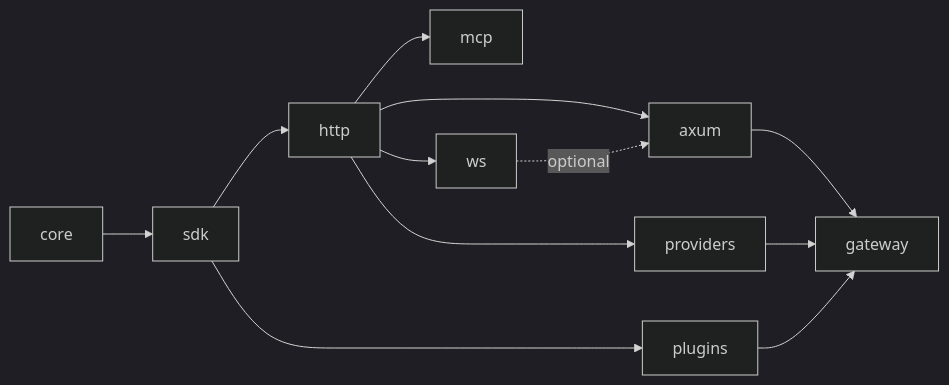
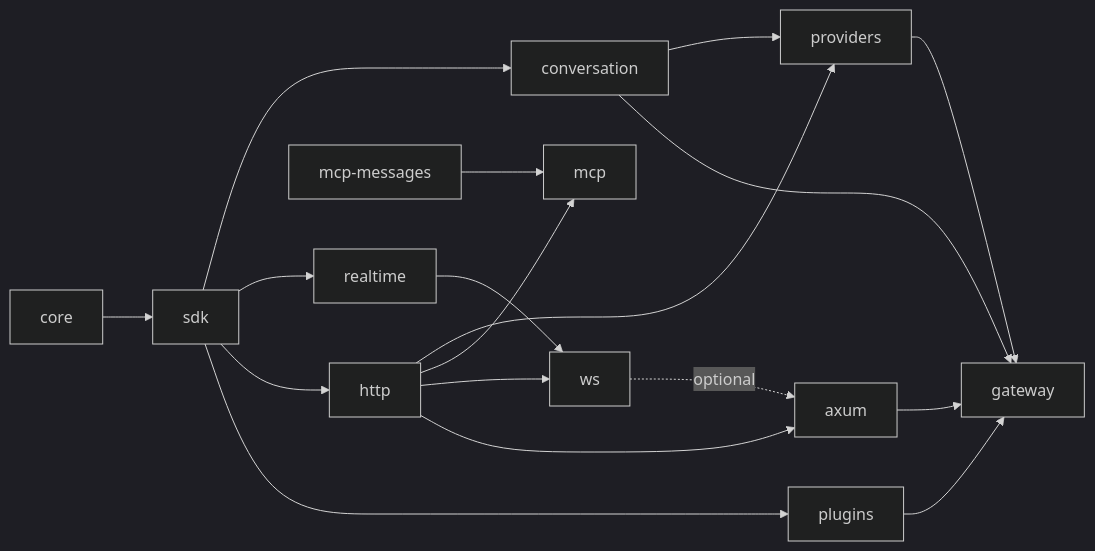
One commit to Davidson3556/respan-gateway changed the diagram in docs/ARCHITECTURE.md. Above: the diagram before and after it, drawn with Mermaid (dark theme). The commit also changed other lines of this file and 134 other files, not shown here.

````diff
--- a/docs/ARCHITECTURE.md
+++ b/docs/ARCHITECTURE.md
@@ -25,14 +28,20 @@
 ```mermaid
 flowchart LR
     core --> sdk
+    sdk --> conversation
+    conversation --> providers
+    conversation --> gateway
+    sdk --> realtime
+    realtime --> ws
+    mcp_messages[mcp-messages] --> mcp
     sdk --> http
     sdk --> plugins
     http --> providers
     http --> mcp
     http --> ws
     http --> axum
     ws -. optional .-> axum
     axum --> gateway
     providers --> gateway
     plugins --> gateway
 ```
````
